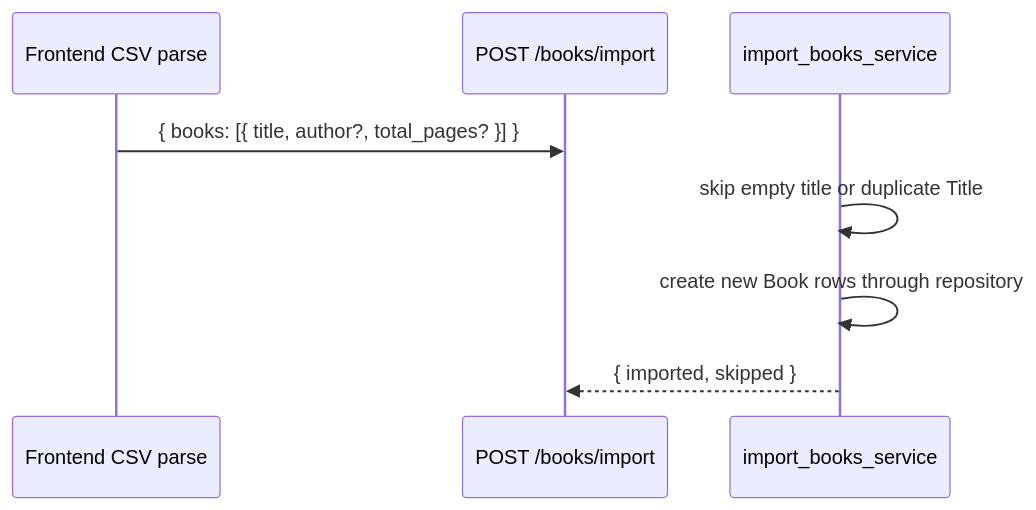
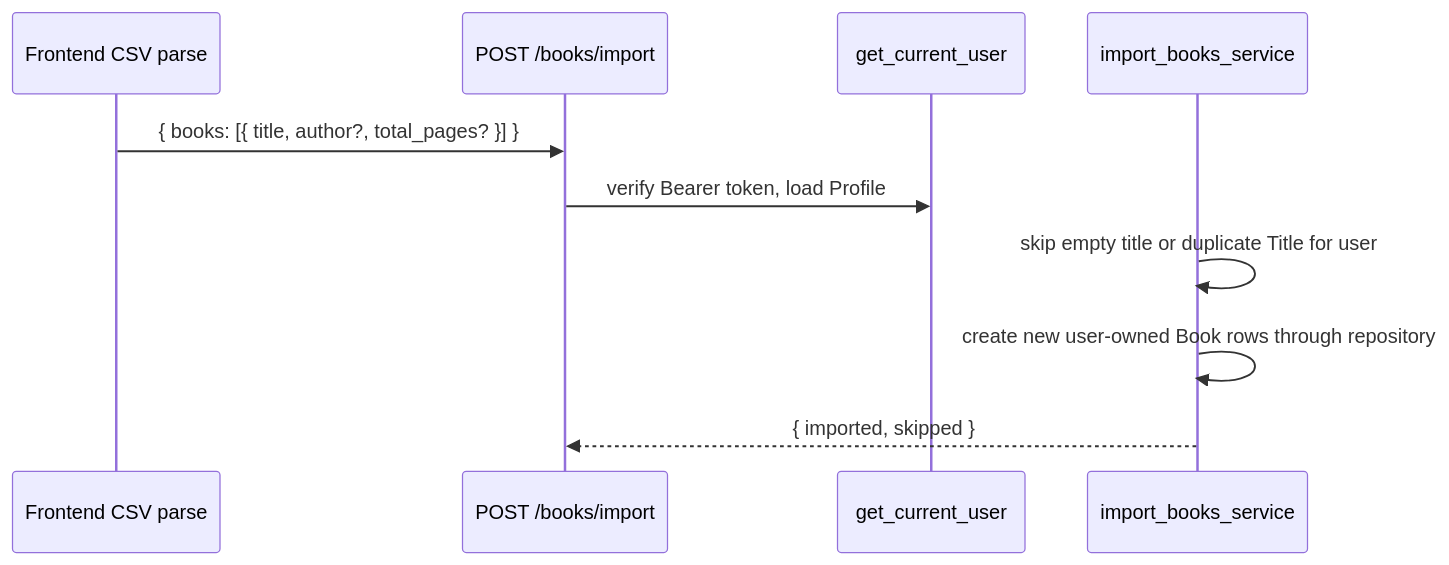
Before and after one commit to tranguyeenn/shelftxt: the third of 4 diagrams in docs/engineering/backend.md, drawn with Mermaid. The commit also changed other lines of this file and 23 other files, not shown here.

Commit message:
Complete user ownership migration and apply missing schema updates

````diff
--- a/docs/engineering/backend.md
+++ b/docs/engineering/backend.md
@@ -126,11 +134,13 @@
 ```mermaid
 sequenceDiagram
   participant UI as Frontend CSV parse
   participant R as POST /books/import
+  participant Auth as get_current_user
   participant S as import_books_service
 
   UI->>R: { books: [{ title, author?, total_pages? }] }
-  S->>S: skip empty title or duplicate Title
-  S->>S: create new Book rows through repository
+  R->>Auth: verify Bearer token, load Profile
+  S->>S: skip empty title or duplicate Title for user
+  S->>S: create new user-owned Book rows through repository
   S-->>R: { imported, skipped }
 ```
````
